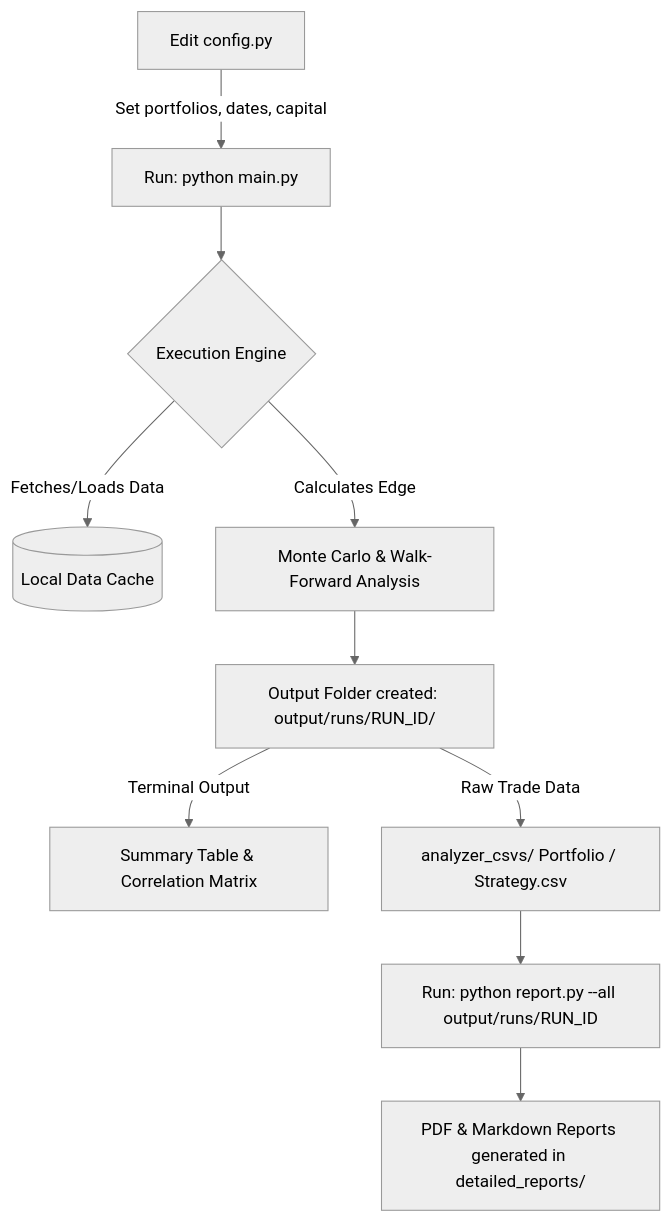
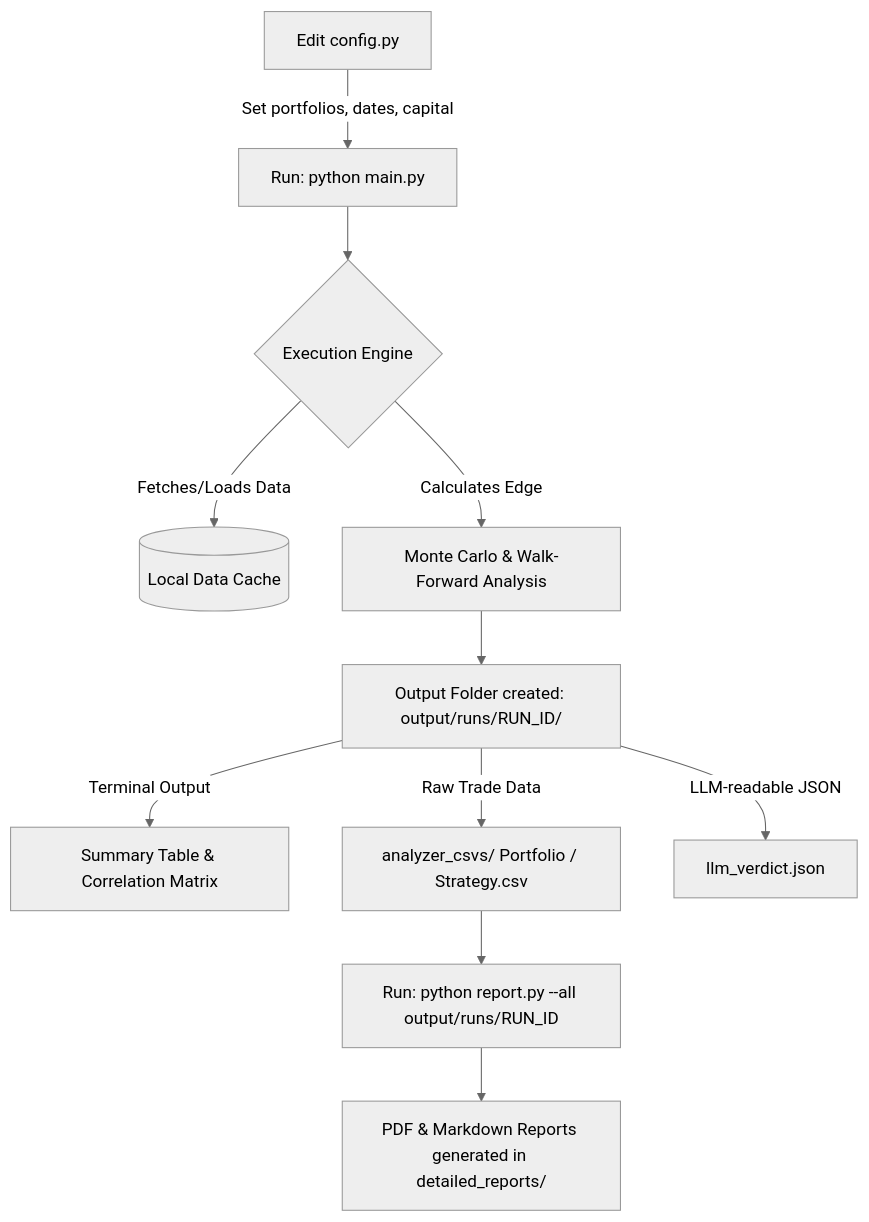
One commit to zachisit/july-backtester changed the fourth of 4 diagrams in README.md. Above: the diagram before and after it, drawn with Mermaid. The commit also changed other lines of this file and 4 other files, not shown here.

First line of the commit message:
feat(reporting): LLM-readable equity curve and benchmark-beat verdict (#153)

````diff
--- a/README.md
+++ b/README.md
@@ -205,13 +205,14 @@
 ```mermaid
 %%{init: {'theme': 'neutral'}}%%
 graph TD
     A[Edit config.py] -->|Set portfolios, dates, capital| B[Run: python main.py]
     B --> C{Execution Engine}
     C -->|Fetches/Loads Data| D[(Local Data Cache)]
     C -->|Calculates Edge| E[Monte Carlo & Walk-Forward Analysis]
     E --> F[Output Folder created: output/runs/RUN_ID/]
     F -->|Terminal Output| G[Summary Table & Correlation Matrix]
     F -->|Raw Trade Data| H[analyzer_csvs/ Portfolio / Strategy.csv]
+    F -->|LLM-readable JSON| K[llm_verdict.json]
     H --> I[Run: python report.py --all output/runs/RUN_ID]
     I --> J[PDF & Markdown Reports generated in detailed_reports/]
 ```
````
